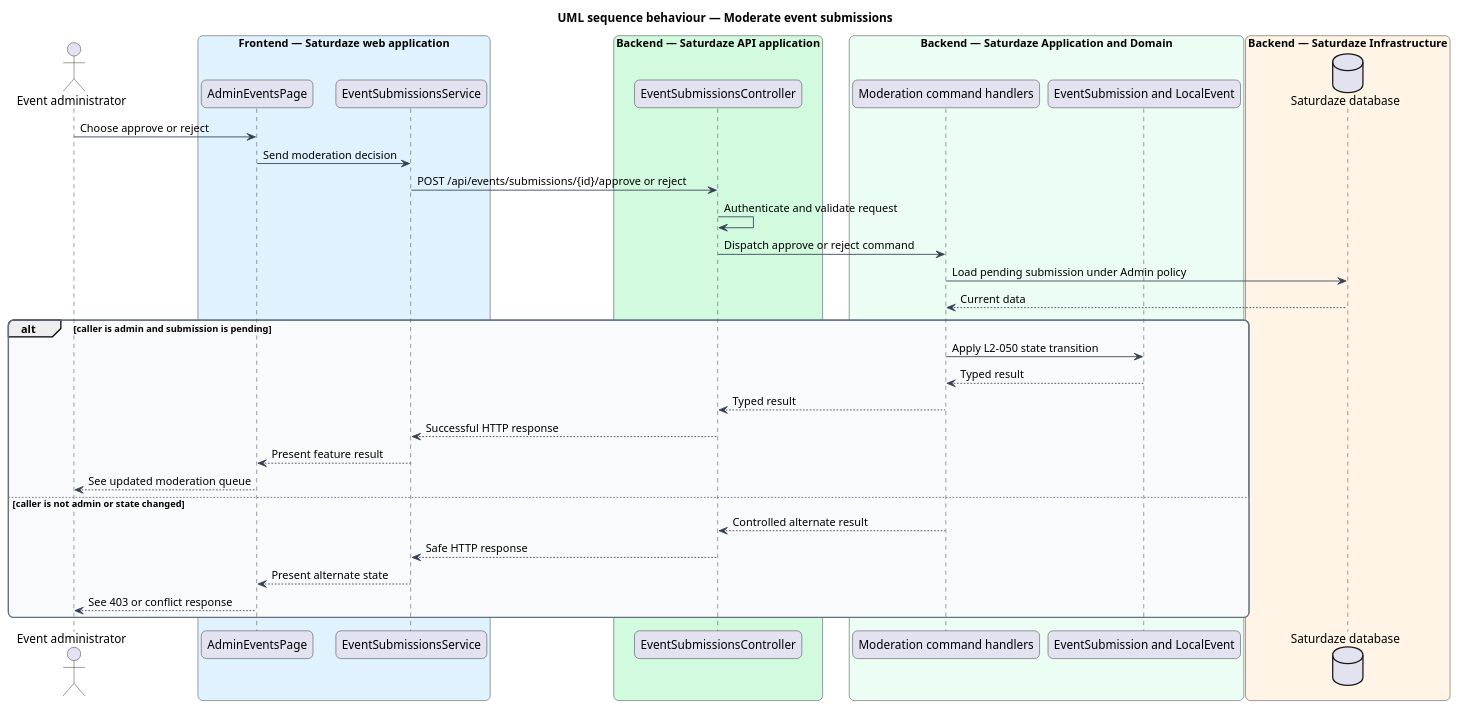
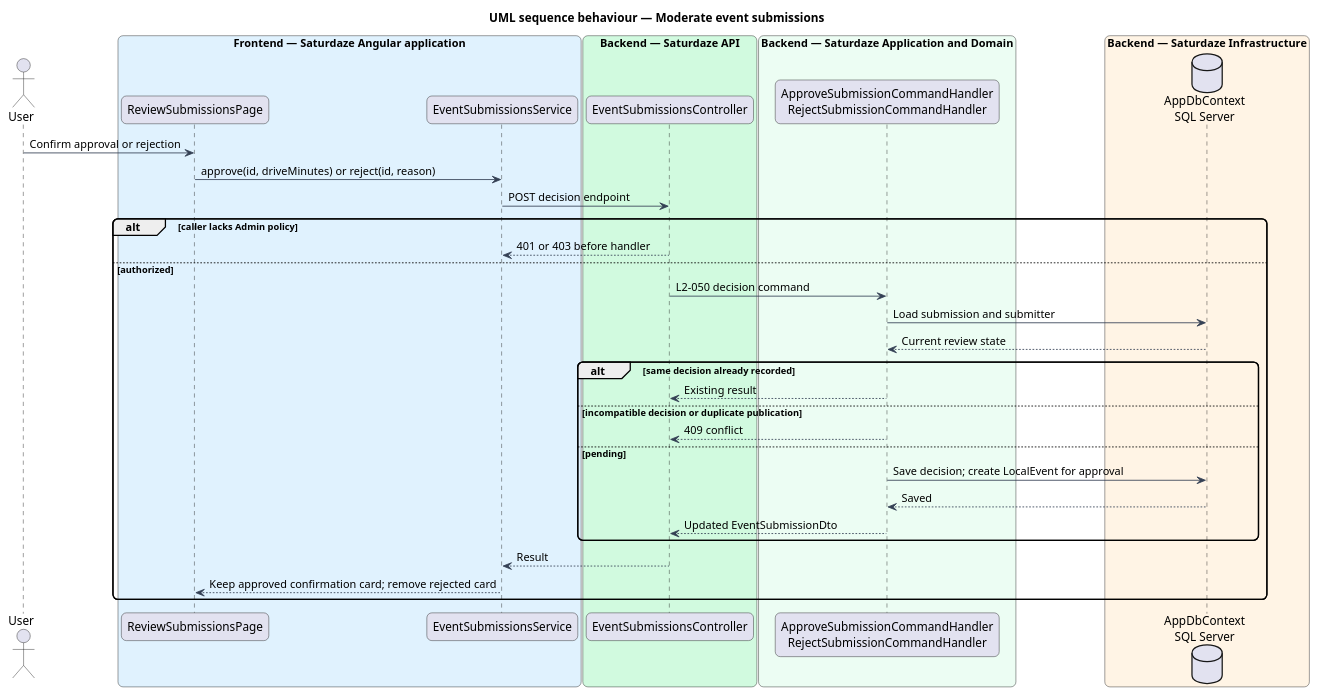
The diagram in docs/detailed-designs/discovery/moderate-event-submissions/diagrams/sequence-moderate-event.puml (QuinntyneBrown/saturdaze), drawn with PlantUML before and after one commit. The commit also changed 208 other files, not shown here.

```diff
--- a/docs/detailed-designs/discovery/moderate-event-submissions/diagrams/sequence-moderate-event.puml
+++ b/docs/detailed-designs/discovery/moderate-event-submissions/diagrams/sequence-moderate-event.puml
@@ -1,52 +1,43 @@
 @startuml
 title UML sequence behaviour — Moderate event submissions
 skinparam backgroundColor #FFFFFF
 skinparam shadowing false
 skinparam roundcorner 12
 skinparam defaultFontName Arial
 skinparam ArrowColor #344054
-skinparam rectangle {
-  BorderColor #344054
-  FontColor #101828
-}
-skinparam package {
-  BorderColor #667085
-  FontColor #101828
-  BackgroundColor #F9FAFB
-}
-actor "Event administrator" as actor
-box "Frontend — Saturdaze web application" #E0F2FE
-  participant "AdminEventsPage" as page
-  participant "EventSubmissionsService" as client
+actor "User" as actor
+box "Frontend — Saturdaze Angular application" #E0F2FE
+ participant "ReviewSubmissionsPage" as page
+ participant "EventSubmissionsService" as client
 end box
-box "Backend — Saturdaze API application" #D1FADF
-  participant "EventSubmissionsController" as controller
+box "Backend — Saturdaze API" #D1FADF
+ participant "EventSubmissionsController" as controller
 end box
 box "Backend — Saturdaze Application and Domain" #ECFDF3
-  participant "Moderation command handlers" as handler
-  participant "EventSubmission and LocalEvent" as entity
+ participant "ApproveSubmissionCommandHandler\nRejectSubmissionCommandHandler" as handler
 end box
 box "Backend — Saturdaze Infrastructure" #FFF4E5
-  database "Saturdaze database" as infra
-  end box
-actor -> page : Choose approve or reject
-page -> client : Send moderation decision
-client -> controller : POST /api/events/submissions/{id}/approve or reject
-controller -> controller : Authenticate and validate request
-controller -> handler : Dispatch approve or reject command
-handler -> infra : Load pending submission under Admin policy
-infra --> handler : Current data
-alt caller is admin and submission is pending
-  handler -> entity : Apply L2-050 state transition
-  entity --> handler : Typed result
-  handler --> controller : Typed result
-  controller --> client : Successful HTTP response
-  client --> page : Present feature result
-  page --> actor : See updated moderation queue
-else caller is not admin or state changed
-  handler --> controller : Controlled alternate result
-  controller --> client : Safe HTTP response
-  client --> page : Present alternate state
-  page --> actor : See 403 or conflict response
+ database "AppDbContext\nSQL Server" as db
+end box
+actor -> page : Confirm approval or rejection
+page -> client : approve(id, driveMinutes) or reject(id, reason)
+client -> controller : POST decision endpoint
+alt caller lacks Admin policy
+controller --> client : 401 or 403 before handler
+else authorized
+controller -> handler : L2-050 decision command
+handler -> db : Load submission and submitter
+db --> handler : Current review state
+alt same decision already recorded
+handler --> controller : Existing result
+else incompatible decision or duplicate publication
+handler --> controller : 409 conflict
+else pending
+handler -> db : Save decision; create LocalEvent for approval
+db --> handler : Saved
+handler --> controller : Updated EventSubmissionDto
+end
+controller --> client : Result
+client --> page : Keep approved confirmation card; remove rejected card
 end
 @enduml
```
